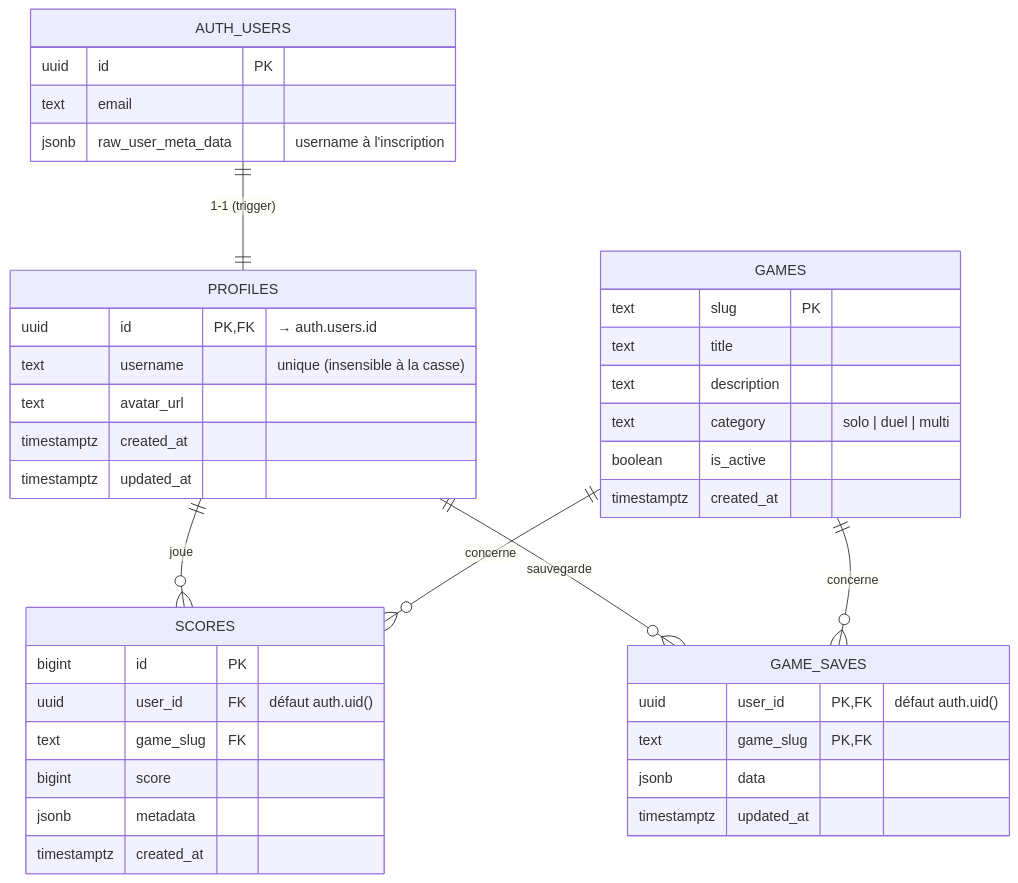
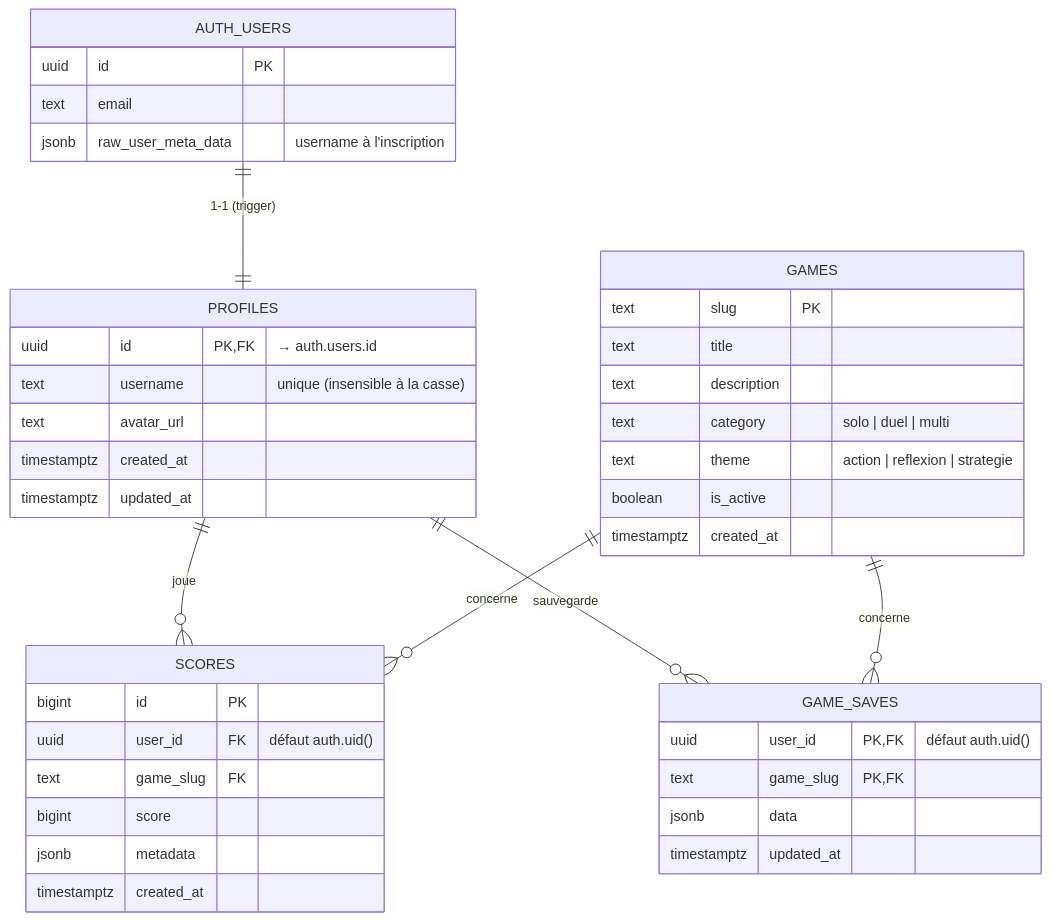
The diagram in docs/modele-donnees.md (Antoine-Ferron/tiki-gaming), drawn with Mermaid before and after one commit. The commit also changed other lines of this file and 2 other files, not shown here.

````diff
--- a/docs/modele-donnees.md
+++ b/docs/modele-donnees.md
@@ -7,43 +7,44 @@
 ```mermaid
 erDiagram
     AUTH_USERS ||--|| PROFILES : "1-1 (trigger)"
     PROFILES ||--o{ SCORES : "joue"
     PROFILES ||--o{ GAME_SAVES : "sauvegarde"
     GAMES ||--o{ SCORES : "concerne"
     GAMES ||--o{ GAME_SAVES : "concerne"
 
     AUTH_USERS {
         uuid id PK
         text email
         jsonb raw_user_meta_data "username à l'inscription"
     }
     PROFILES {
         uuid id PK,FK "→ auth.users.id"
         text username "unique (insensible à la casse)"
         text avatar_url
         timestamptz created_at
         timestamptz updated_at
     }
     GAMES {
         text slug PK
         text title
         text description
         text category "solo | duel | multi"
+        text theme "action | reflexion | strategie"
         boolean is_active
         timestamptz created_at
     }
     SCORES {
         bigint id PK
         uuid user_id FK "défaut auth.uid()"
         text game_slug FK
         bigint score
         jsonb metadata
         timestamptz created_at
     }
     GAME_SAVES {
         uuid user_id PK,FK "défaut auth.uid()"
         text game_slug PK,FK
         jsonb data
         timestamptz updated_at
     }
 ```
````
